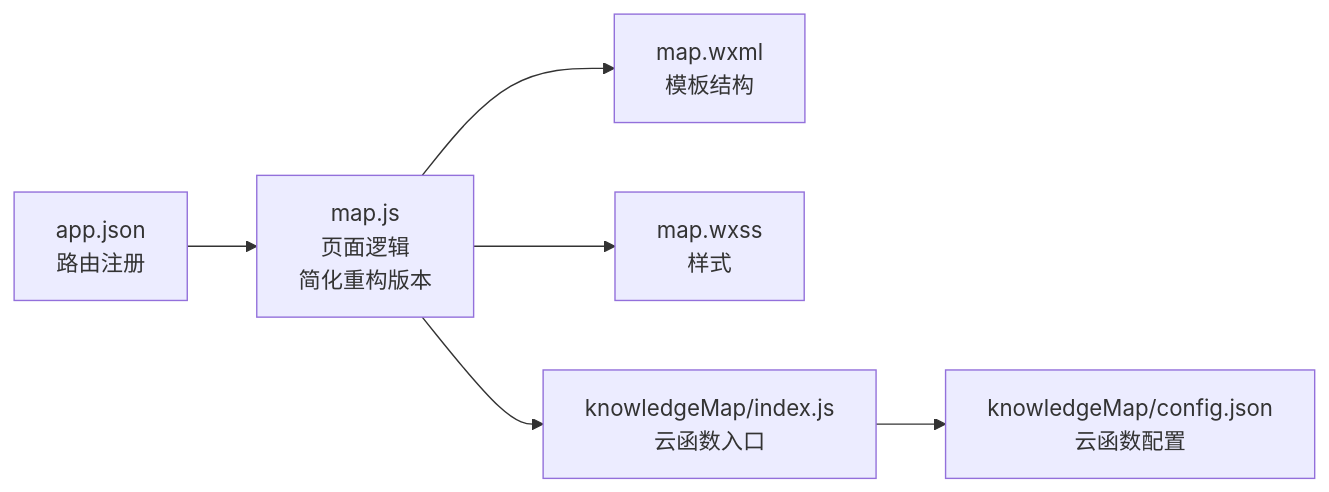
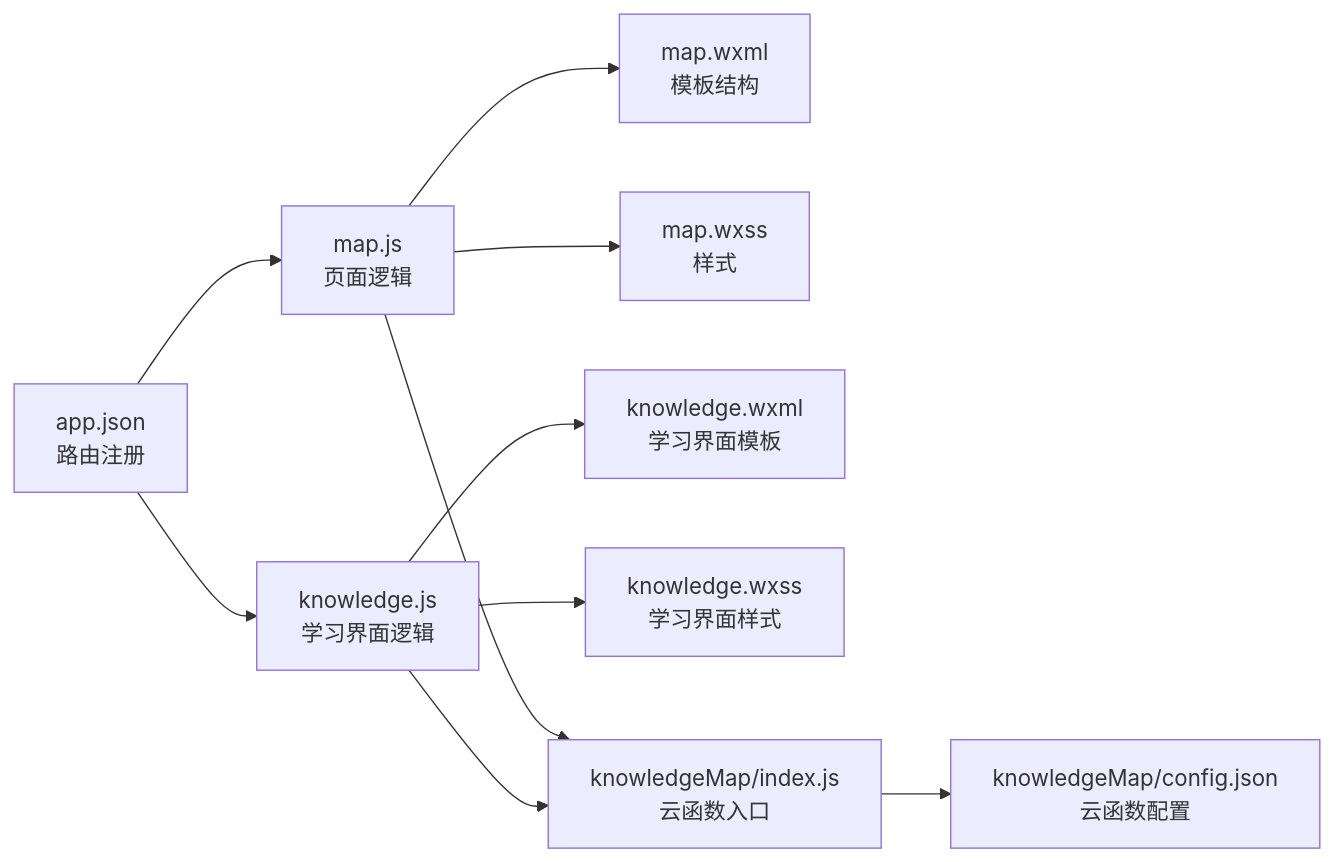
Before and after one commit to cwb7756/bio: the fourth of 4 diagrams in .qoder/repowiki/zh/content/核心功能模块/知识图谱系统/知识图谱系统.md, drawn with Mermaid. The commit also changed other lines of this file and 45 other files, not shown here.

````diff
--- a/.qoder/repowiki/zh/content/核心功能模块/知识图谱系统/知识图谱系统.md
+++ b/.qoder/repowiki/zh/content/核心功能模块/知识图谱系统/知识图谱系统.md
@@ -244,8 +344,12 @@
 ```mermaid
 graph LR
-APP_JSON["app.json<br/>路由注册"] --> MAP_JS["map.js<br/>页面逻辑<br/>简化重构版本"]
+APP_JSON["app.json<br/>路由注册"] --> MAP_JS["map.js<br/>页面逻辑"]
+APP_JSON --> KNOWLEDGE_JS["knowledge.js<br/>学习界面逻辑"]
 MAP_JS --> MAP_WXML["map.wxml<br/>模板结构"]
 MAP_JS --> MAP_WXSS["map.wxss<br/>样式"]
+KNOWLEDGE_JS --> KNOWLEDGE_WXML["knowledge.wxml<br/>学习界面模板"]
+KNOWLEDGE_JS --> KNOWLEDGE_WXSS["knowledge.wxss<br/>学习界面样式"]
 MAP_JS --> KM_INDEX["knowledgeMap/index.js<br/>云函数入口"]
+KNOWLEDGE_JS --> KM_INDEX
 KM_INDEX --> KM_CONFIG["knowledgeMap/config.json<br/>云函数配置"]
 ```
````
